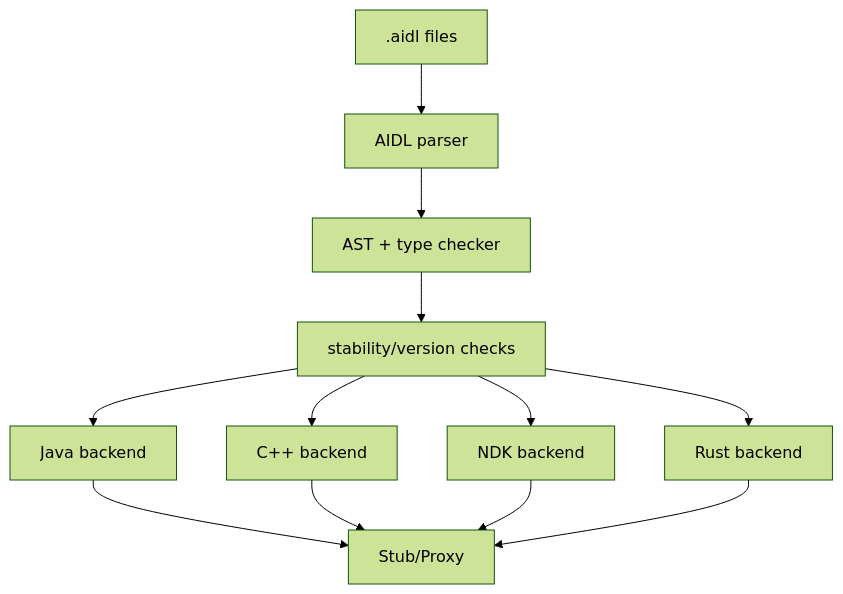
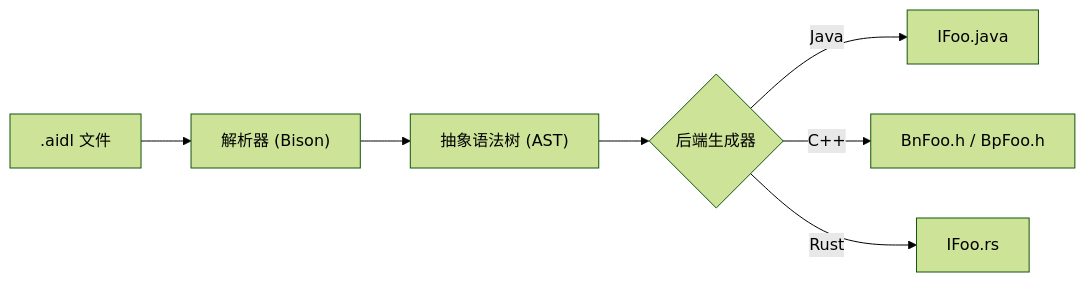
One commit to fwrite0920/aosp-internal-book changed the fifth of 12 diagrams in 09-binder-ipc-zh.md. Above: the diagram before and after it, drawn with Mermaid (forest theme). The commit also changed other lines of this file and 63 other files, not shown here.

````diff
--- a/09-binder-ipc-zh.md
+++ b/09-binder-ipc-zh.md
@@ -360,14 +428,9 @@
 ```mermaid
-graph TD
-    A[".aidl files"] --> B["AIDL parser"]
-    B --> C["AST + type checker"]
-    C --> D["stability/version checks"]
-    D --> E["Java backend"]
-    D --> F["C++ backend"]
-    D --> G["NDK backend"]
-    D --> H["Rust backend"]
-    E --> I["Stub/Proxy"]
-    F --> I
-    G --> I
-    H --> I
+flowchart LR
+    A[".aidl 文件"] --> B["解析器 (Bison)"]
+    B --> C["抽象语法树 (AST)"]
+    C --> D{"后端生成器"}
+    D -->|Java| E["IFoo.java"]
+    D -->|C++| F["BnFoo.h / BpFoo.h"]
+    D -->|Rust| G["IFoo.rs"]
 ```
````
